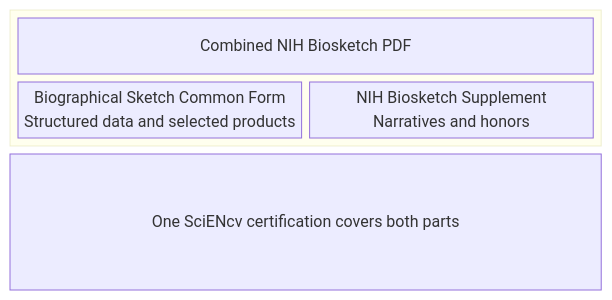
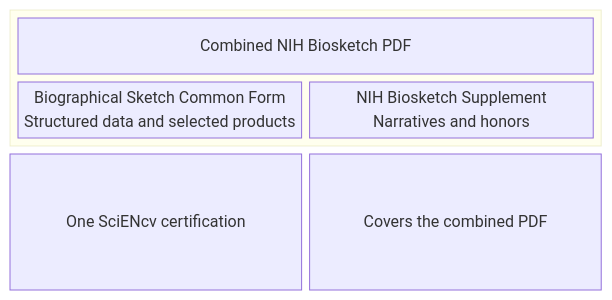
The diagram in docs/biosketch/overview.md (FritscheLab/nih-sciencv-playbook), drawn with Mermaid before and after one commit. The commit also changed 11 other files, not shown here.

Commit message:
docs: refine Mermaid diagrams for desktop readability

````diff
--- a/docs/biosketch/overview.md
+++ b/docs/biosketch/overview.md
@@ -31,11 +31,12 @@
 ```mermaid
 block-beta
     columns 2
     block:pdf:2
         columns 2
         heading["Combined NIH Biosketch PDF"]:2
         common["Biographical Sketch Common Form<br/>Structured data and selected products"]
         supplement["NIH Biosketch Supplement<br/>Narratives and honors"]
     end
-    certification["One SciENcv certification covers both parts"]:2
+    certification["One SciENcv certification"]
+    coverage["Covers the combined PDF"]
 ```
````
